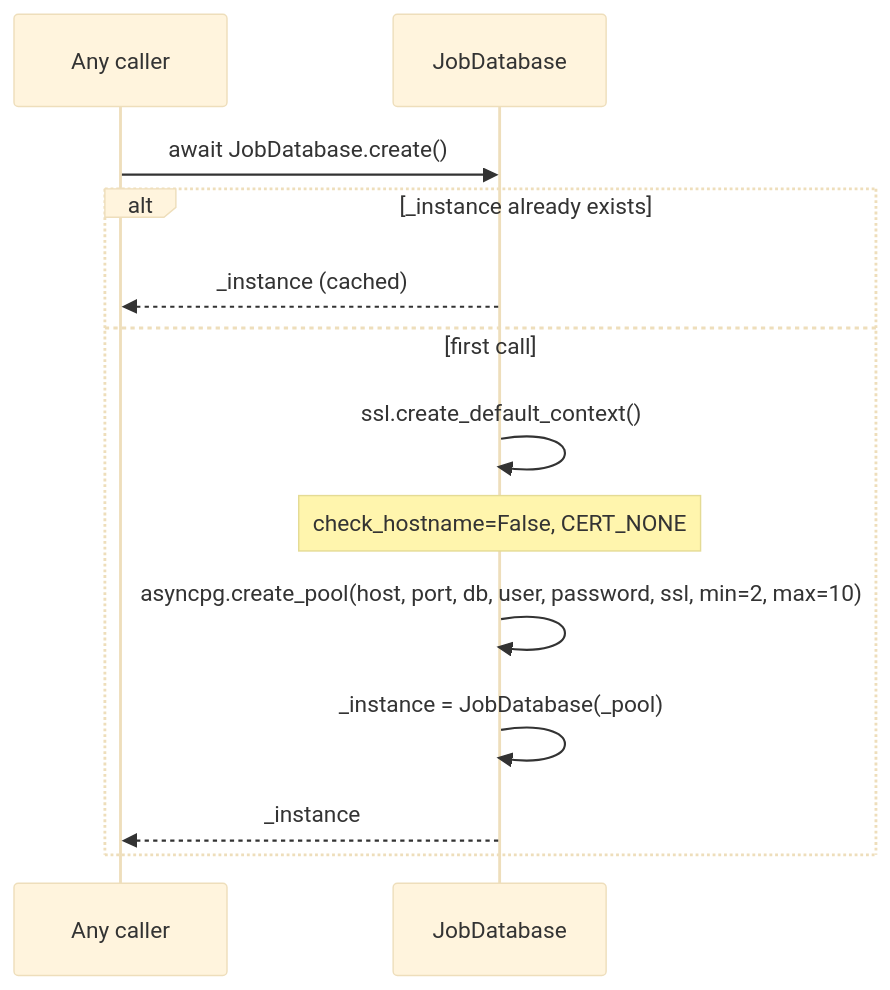
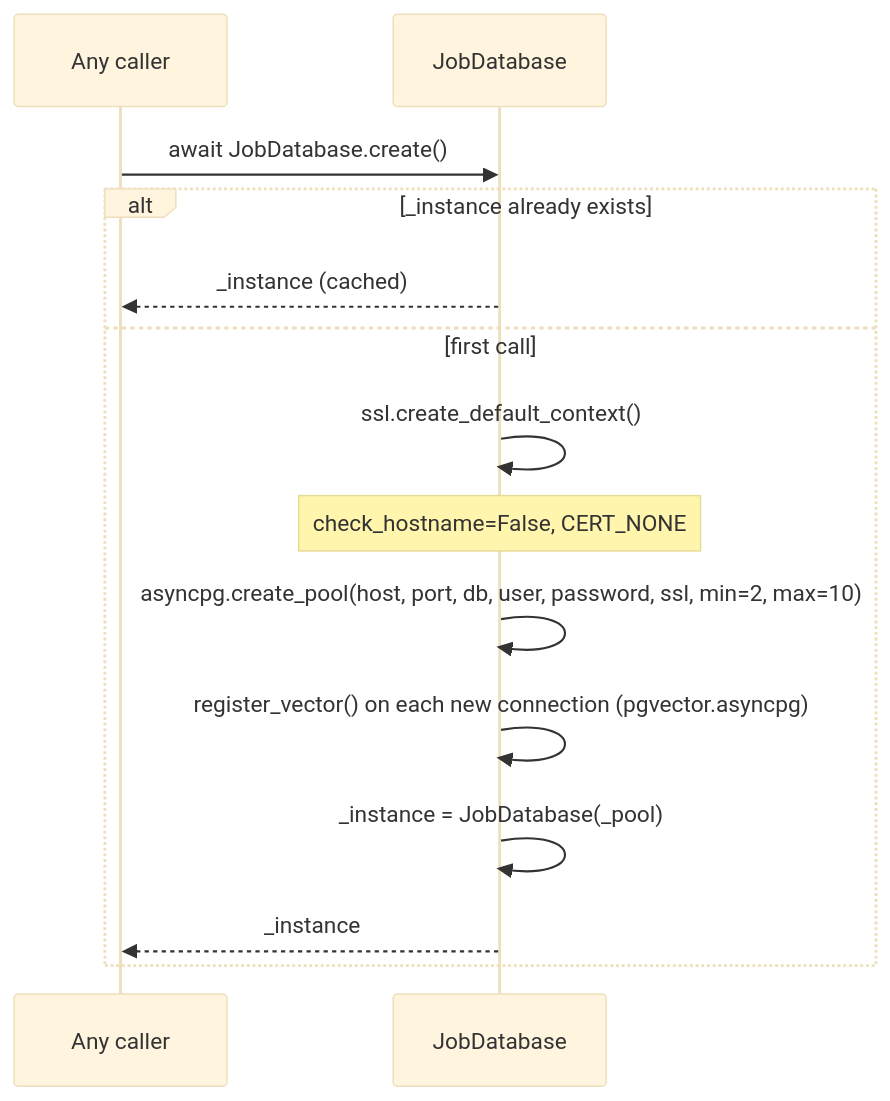
The first of 3 diagrams in docs/diagrams/db_seq.md (AustinDwomoh/libra), drawn with Mermaid (base theme) before and after one commit. The commit also changed other lines of this file and 26 other files, not shown here.

````diff
--- a/docs/diagrams/db_seq.md
+++ b/docs/diagrams/db_seq.md
@@ -1,19 +1,20 @@
 ```mermaid
 %% sequenceDiagram — create() singleton + pool init
 sequenceDiagram
     participant Caller as Any caller
     participant DB as JobDatabase
 
     Caller->>DB: await JobDatabase.create()
 
     alt _instance already exists
         DB-->>Caller: _instance (cached)
     else first call
         DB->>DB: ssl.create_default_context()
         Note over DB: check_hostname=False, CERT_NONE
         DB->>DB: asyncpg.create_pool(host, port, db, user, password, ssl, min=2, max=10)
+        DB->>DB: register_vector() on each new connection (pgvector.asyncpg)
         DB->>DB: _instance = JobDatabase(_pool)
         DB-->>Caller: _instance
     end
 
 ```
````
